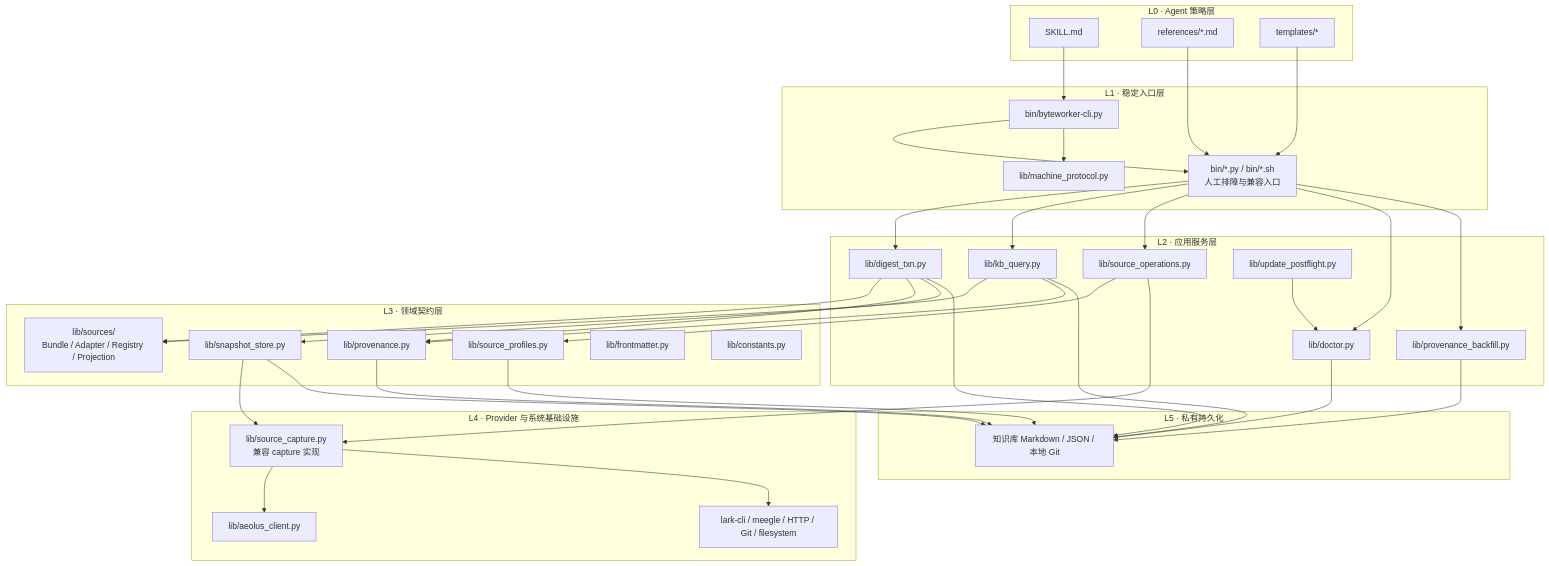
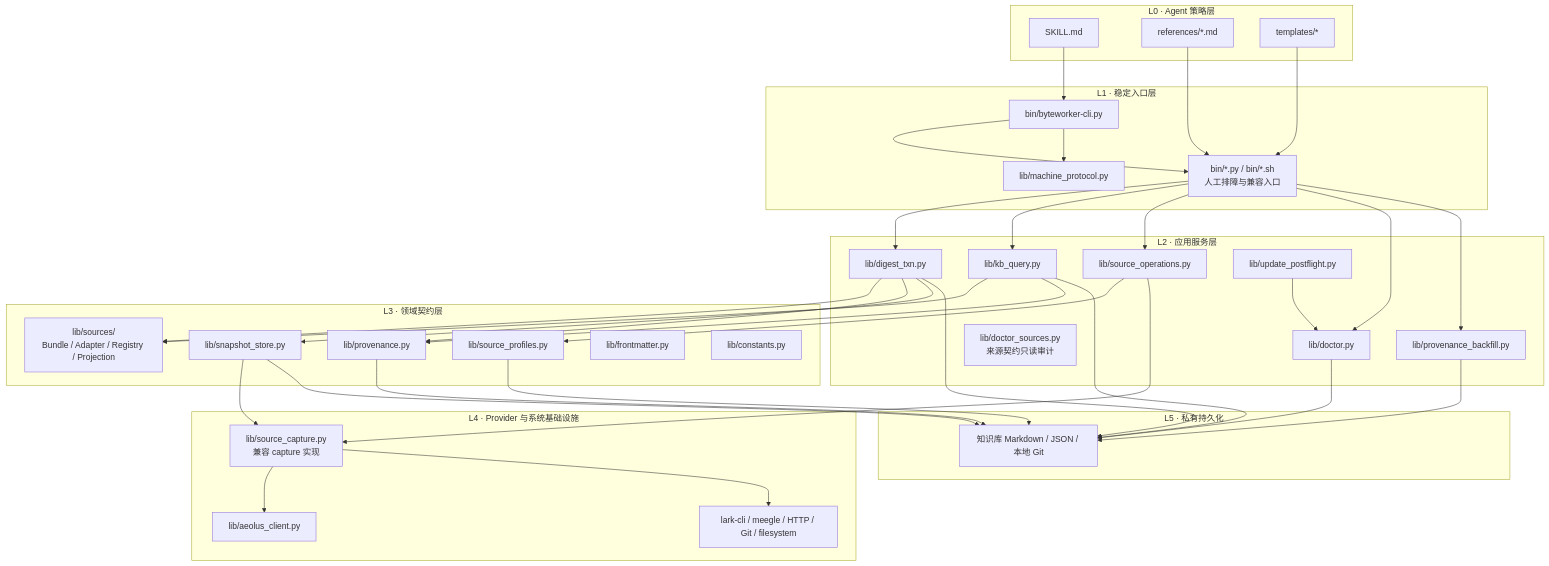
Before and after one commit to ranjiao/byteworker: diagram 12 of 18 in ARCHITECTURE.md, drawn with Mermaid. The commit also changed other lines of this file and 15 other files, not shown here.

````diff
--- a/ARCHITECTURE.md
+++ b/ARCHITECTURE.md
@@ -379,71 +380,72 @@
 ```mermaid
 flowchart TB
     subgraph L0["L0 · Agent 策略层"]
         SK["SKILL.md"]
         RF["references/*.md"]
         TM["templates/*"]
     end
 
     subgraph L1["L1 · 稳定入口层"]
         CLI["bin/byteworker-cli.py"]
         MP["lib/machine_protocol.py"]
         DIRECT["bin/*.py / bin/*.sh<br/>人工排障与兼容入口"]
     end
 
     subgraph L2["L2 · 应用服务层"]
         DT["lib/digest_txn.py"]
         KQ["lib/kb_query.py"]
         SO["lib/source_operations.py"]
         DOC["lib/doctor.py"]
+        DS["lib/doctor_sources.py<br/>来源契约只读审计"]
         PB["lib/provenance_backfill.py"]
         UP["lib/update_postflight.py"]
     end
 
     subgraph L3["L3 · 领域契约层"]
         SRC["lib/sources/<br/>Bundle / Adapter / Registry / Projection"]
         PR["lib/provenance.py"]
         SP["lib/source_profiles.py"]
         SS["lib/snapshot_store.py"]
         FM["lib/frontmatter.py"]
         CO["lib/constants.py"]
     end
 
     subgraph L4["L4 · Provider 与系统基础设施"]
         SC["lib/source_capture.py<br/>兼容 capture 实现"]
         AE["lib/aeolus_client.py"]
         EXT["lark-cli / meegle / HTTP / Git / filesystem"]
     end
 
     subgraph L5["L5 · 私有持久化"]
         KB["知识库 Markdown / JSON / 本地 Git"]
     end
 
     SK --> CLI
     RF --> DIRECT
     TM --> DIRECT
     CLI --> DIRECT
     CLI --> MP
     DIRECT --> DT
     DIRECT --> KQ
     DIRECT --> SO
     DIRECT --> DOC
     DIRECT --> PB
     DT --> SRC
     DT --> PR
     DT --> SS
     KQ --> SRC
     KQ --> PR
     SO --> SP
     SO --> SC
     SS --> SC
     SC --> AE
     SC --> EXT
     DT --> KB
     KQ --> KB
     DOC --> KB
     PB --> KB
     UP --> DOC
     PR --> KB
     SP --> KB
     SS --> KB
 ```
````
